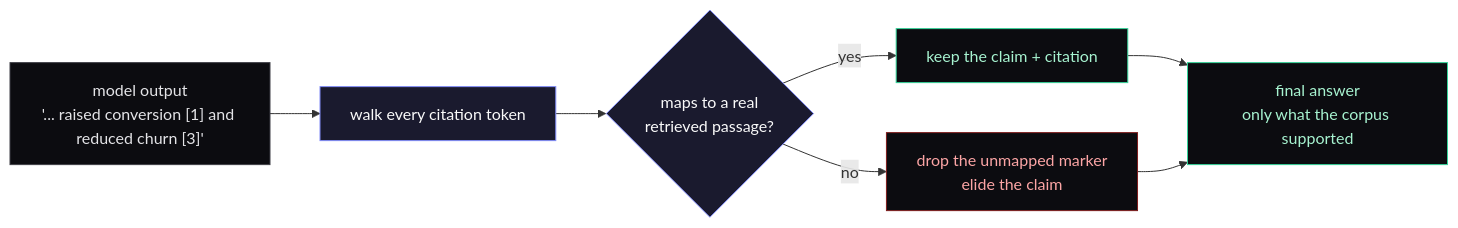
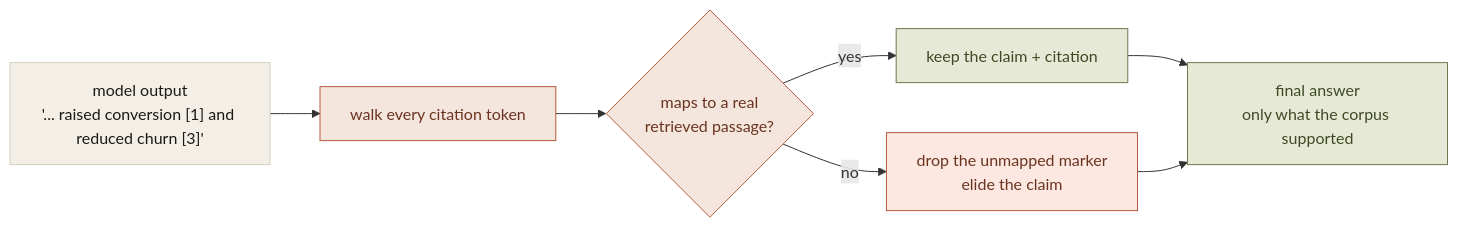
The second of 2 diagrams in content/writing/refusal-is-the-feature.mdx (sagar8080/sagar8080.github.io), drawn with Mermaid before and after one commit. The commit also changed other lines of this file and 21 other files, not shown here.

````diff
--- a/content/writing/refusal-is-the-feature.mdx
+++ b/content/writing/refusal-is-the-feature.mdx
@@ -55,15 +55,15 @@
 ```mermaid
 flowchart LR
-  classDef accent fill:#1a1a2e,stroke:#818cf8,color:#fafafa
-  classDef plain fill:#0c0c10,stroke:#3f3f46,color:#e4e4e7
-  classDef bad fill:#0c0c10,stroke:#7f1d1d,color:#fca5a5
-  classDef ok fill:#0c0c10,stroke:#34d399,color:#a7f3d0
+  classDef accent fill:#f4e6dd,stroke:#b45a3c,color:#6A3320
+  classDef plain fill:#f3efe7,stroke:#d4cdbe,color:#1c1917
+  classDef bad fill:#fce8e0,stroke:#b45a3c,color:#6A3320
+  classDef ok fill:#e6e9d6,stroke:#6b7a4e,color:#3F4A24
 
   M["model output<br/>'... raised conversion [1] and reduced churn [3]'"]:::plain
   M --> WALK[walk every citation token]:::accent
   WALK --> CH{maps to a real<br/>retrieved passage?}:::accent
   CH -->|yes| KEEP[keep the claim + citation]:::ok
   CH -->|no| DROP[drop the unmapped marker<br/>elide the claim]:::bad
   KEEP --> A[final answer<br/>only what the corpus supported]:::ok
   DROP --> A
 ```
````
